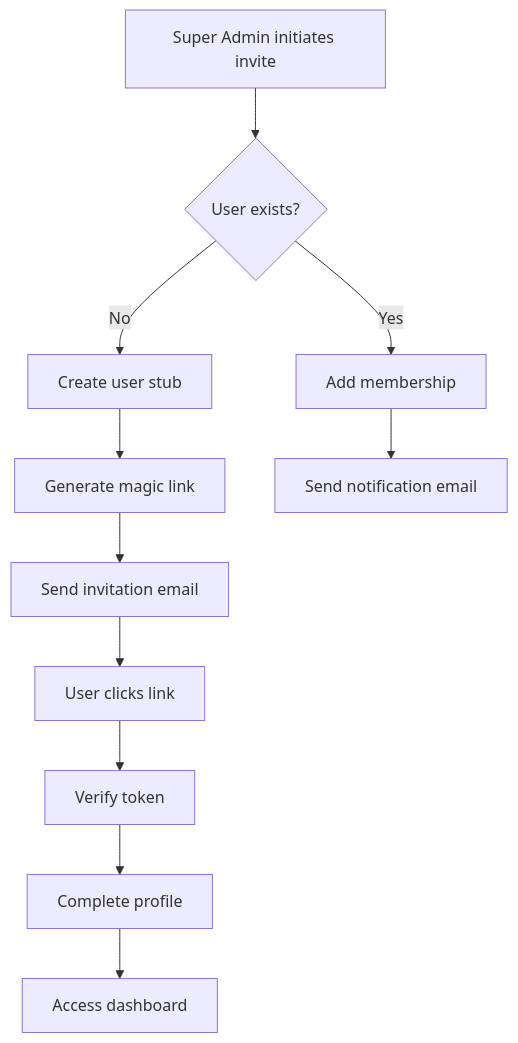
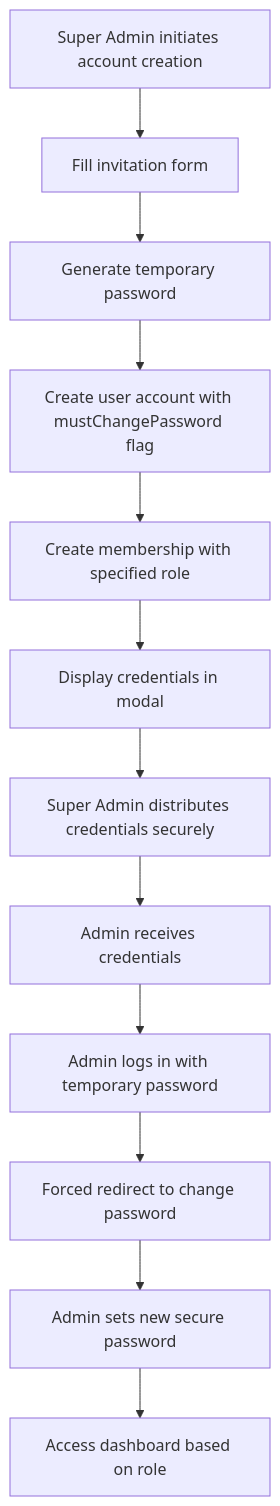
One commit to pastor-macsagun/drouple-hpci-production changed the diagram in docs/admin-invite.md. Above: the diagram before and after it, drawn with Mermaid. The commit also changed other lines of this file and 5 other files, not shown here.

````diff
--- a/docs/admin-invite.md
+++ b/docs/admin-invite.md
@@ -9,13 +11,14 @@
 ```mermaid
 flowchart TD
-    A[Super Admin initiates invite] --> B{User exists?}
-    B -->|Yes| C[Add membership]
-    B -->|No| D[Create user stub]
-    D --> E[Generate magic link]
-    E --> F[Send invitation email]
-    C --> G[Send notification email]
-    F --> H[User clicks link]
-    H --> I[Verify token]
-    I --> J[Complete profile]
-    J --> K[Access dashboard]
+    A[Super Admin initiates account creation] --> B[Fill invitation form]
+    B --> C[Generate temporary password]
+    C --> D[Create user account with mustChangePassword flag]
+    D --> E[Create membership with specified role]
+    E --> F[Display credentials in modal]
+    F --> G[Super Admin distributes credentials securely]
+    G --> H[Admin receives credentials]
+    H --> I[Admin logs in with temporary password]
+    I --> J[Forced redirect to change password]
+    J --> K[Admin sets new secure password]
+    K --> L[Access dashboard based on role]
 ```
````
